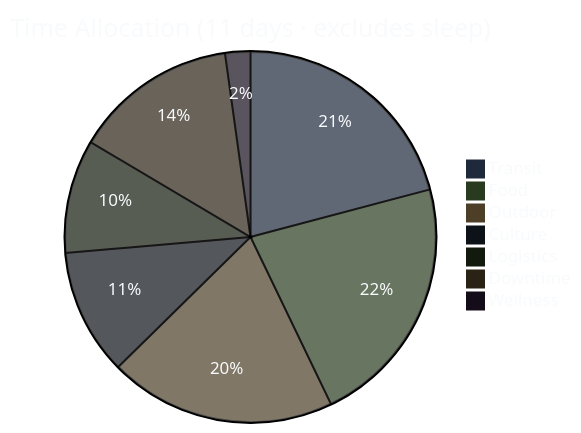
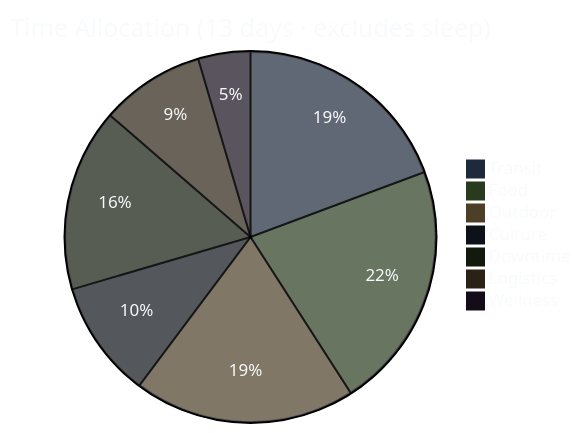
The second of 3 diagrams in README.md (allstoncodes/nz-aus-2026), drawn with Mermaid before and after one commit. The commit also changed other lines of this file, not shown here.

````diff
--- a/README.md
+++ b/README.md
@@ -94,11 +79,11 @@
 ```mermaid
 %%{init: {'theme': 'base', 'themeVariables': {'primaryColor': '#1E293B', 'primaryTextColor': '#F8FAFC', 'primaryBorderColor': '#334155'}}}%%
-pie title Time Allocation (11 days · excludes sleep)
-  "Transit"   : 38
-  "Food"      : 40
-  "Outdoor"   : 36
-  "Culture"   : 20
-  "Logistics" : 18
-  "Downtime"  : 26
-  "Wellness"  : 4
+pie title Time Allocation (13 days · excludes sleep)
+  "Transit"   : 34
+  "Food"      : 38
+  "Outdoor"   : 34
+  "Culture"   : 18
+  "Downtime"  : 28
+  "Logistics" : 16
+  "Wellness"  : 8
 ```
````
